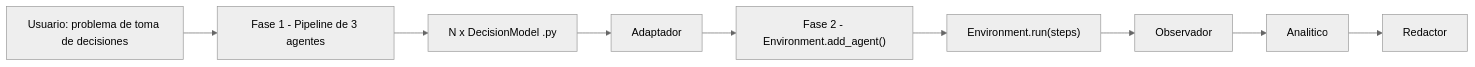
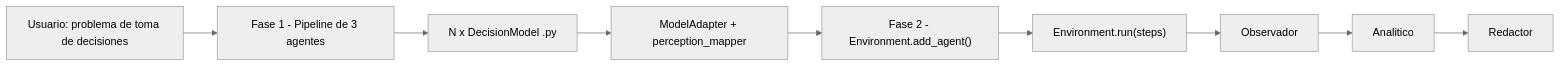
Before and after one commit to srfreire/labTFG: the third of 4 diagrams in phase2-juan/docs/DESIGN.md, drawn with Mermaid (neutral theme). The commit also changed other lines of this file and 4 other files, not shown here.

````diff
--- a/phase2-juan/docs/DESIGN.md
+++ b/phase2-juan/docs/DESIGN.md
@@ -227,11 +311,11 @@
 ```mermaid
 flowchart LR
     U["Usuario: problema de toma de decisiones"] --> P1["Fase 1 - Pipeline de 3 agentes"]
     P1 --> M["N x DecisionModel .py"]
-    M --> AD["Adaptador"]
+    M --> AD["ModelAdapter + perception_mapper"]
     AD --> ENV["Fase 2 - Environment.add_agent()"]
     ENV --> SIM["Environment.run(steps)"]
     SIM --> OBS["Observador"]
     OBS --> AN["Analitico"]
     AN --> RED["Redactor"]
 ```
````
